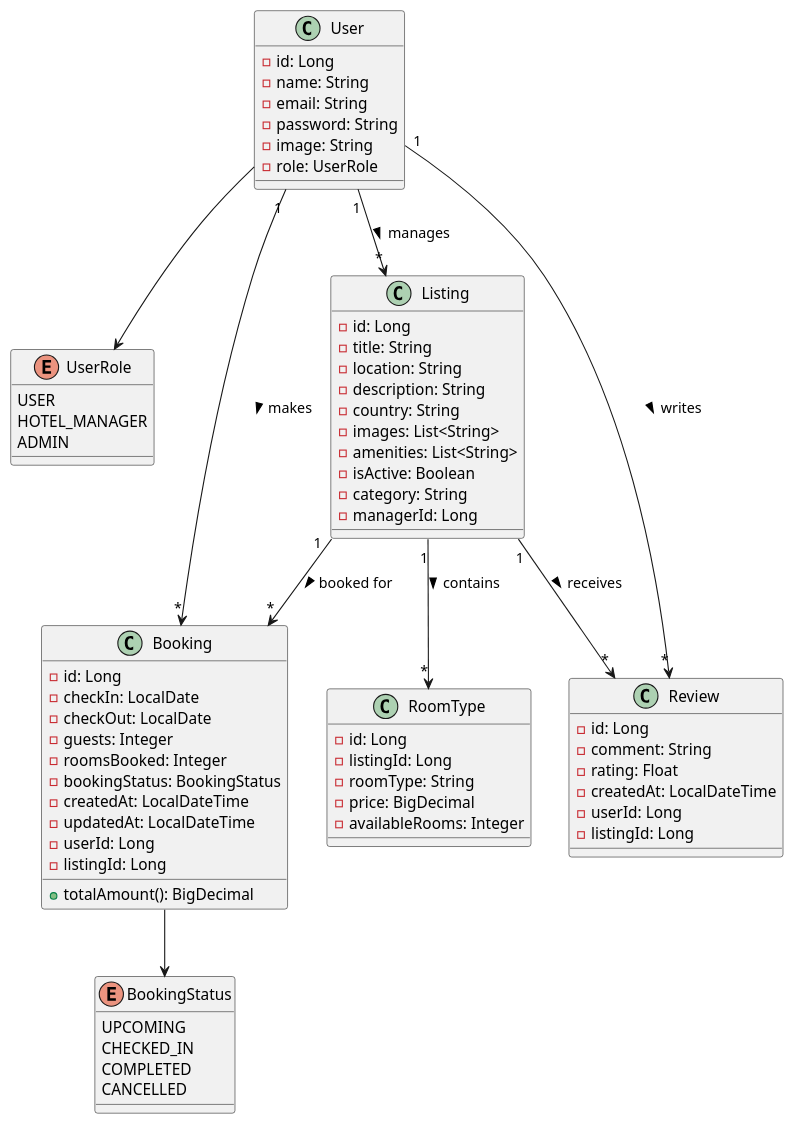
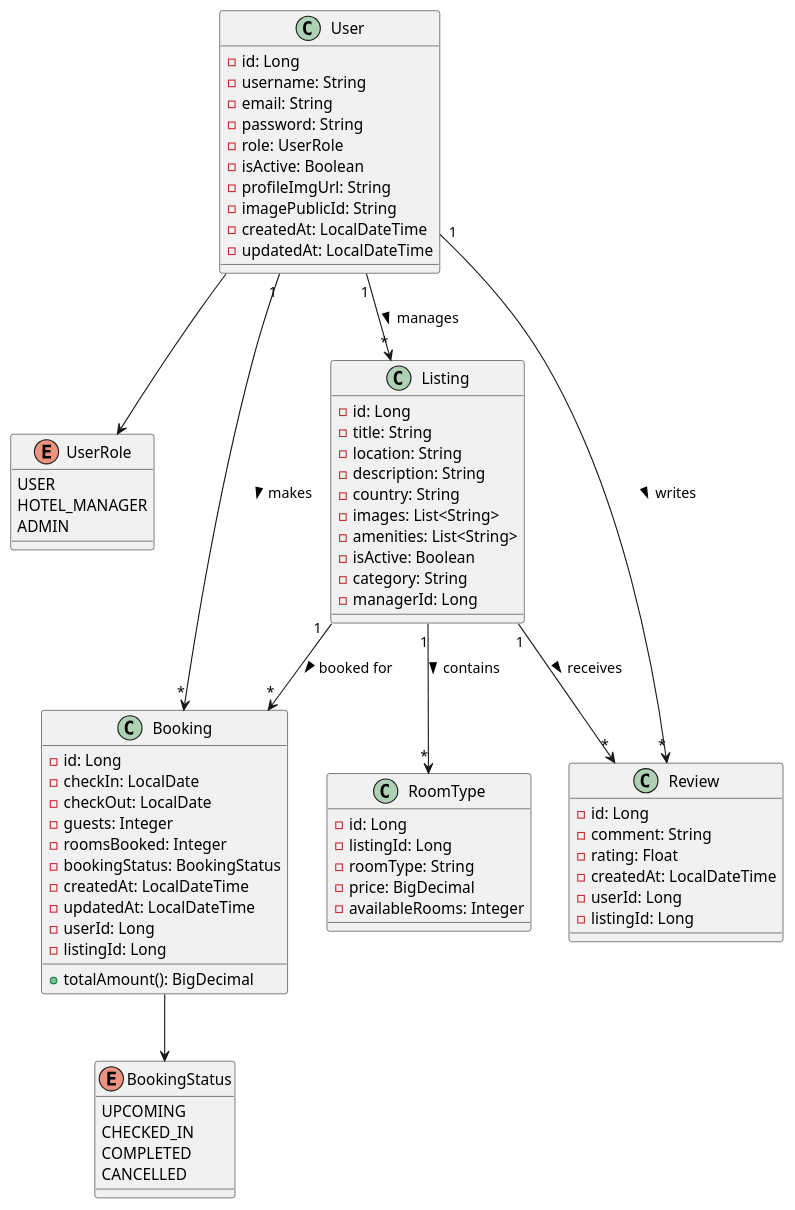
The diagram in system-design/system-class-diagram.puml (qutubuddinkhan07/blinkstay-modular-monolith), drawn with PlantUML before and after one commit.

Commit message:
added some attributes to the user - class diagram

```diff
--- a/system-design/system-class-diagram.puml
+++ b/system-design/system-class-diagram.puml
@@ -1,86 +1,90 @@
 @startuml SystemClassDiagram
 
 class User {
     - id: Long
-    - name: String
+    - username: String
     - email: String
     - password: String
-    - image: String
     - role: UserRole
+    - isActive: Boolean
+    - profileImgUrl: String
+    - imagePublicId: String
+    - createdAt: LocalDateTime
+    - updatedAt: LocalDateTime
 }
 
 enum UserRole {
     USER
     HOTEL_MANAGER
     ADMIN
 }
 
 User --> UserRole
 
 
 class Listing {
     - id: Long
     - title: String
     - location: String
     - description: String
     - country: String
     - images: List<String>
     - amenities: List<String>
     - isActive: Boolean
     - category: String
     - managerId: Long
 }
 
 User "1" --> "*" Listing : manages >
 
 
 class RoomType {
     - id: Long
     - listingId: Long
     - roomType: String
     - price: BigDecimal
     - availableRooms: Integer
 }
 
 Listing "1" --> "*" RoomType : contains >
 
 
 class Review {
     - id: Long
     - comment: String
     - rating: Float
     - createdAt: LocalDateTime
     - userId: Long
     - listingId: Long
 }
 
 User "1" --> "*" Review : writes >
 Listing "1" --> "*" Review : receives >
 
 
 class Booking {
     - id: Long
     - checkIn: LocalDate
     - checkOut: LocalDate
     - guests: Integer
     - roomsBooked: Integer
     - bookingStatus: BookingStatus
     - createdAt: LocalDateTime
     - updatedAt: LocalDateTime
     - userId: Long
     - listingId: Long
     + totalAmount(): BigDecimal
 }
 
 enum BookingStatus {
     UPCOMING
     CHECKED_IN
     COMPLETED
     CANCELLED
 }
 
 Booking --> BookingStatus
 User "1" --> "*" Booking : makes >
 Listing "1" --> "*" Booking : booked for >
 
 @enduml
```
